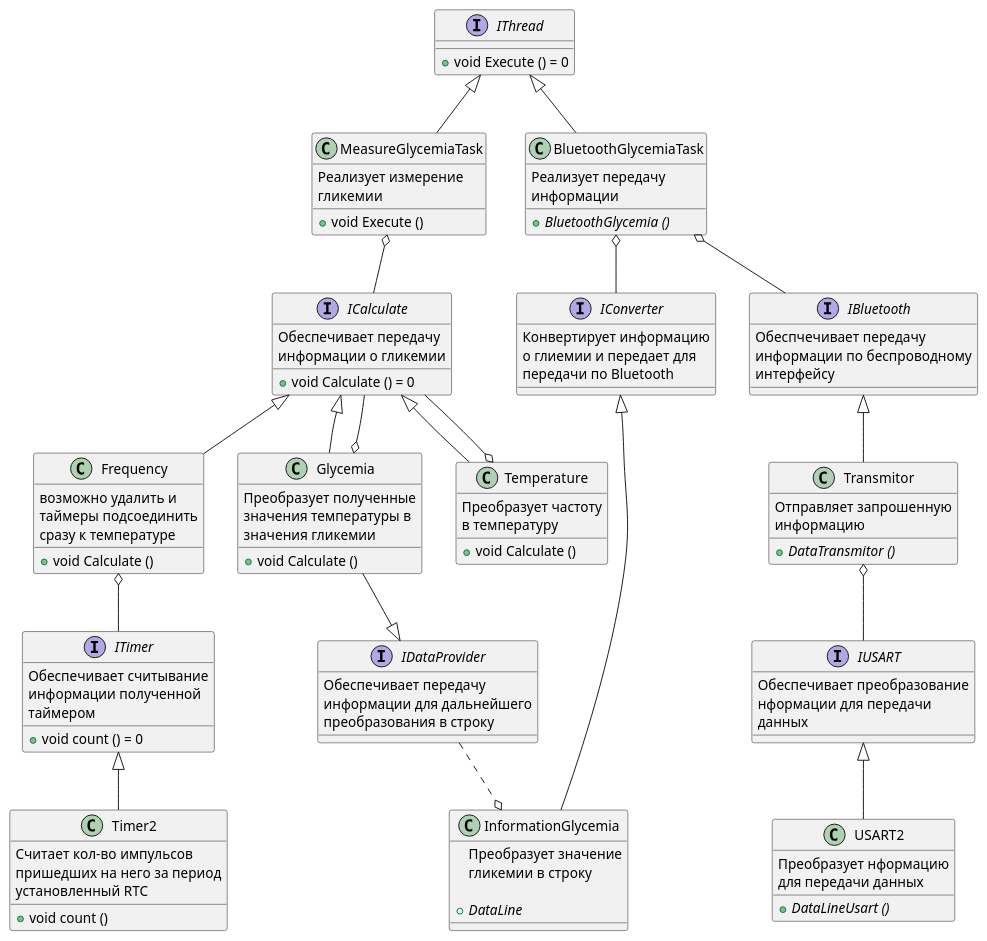
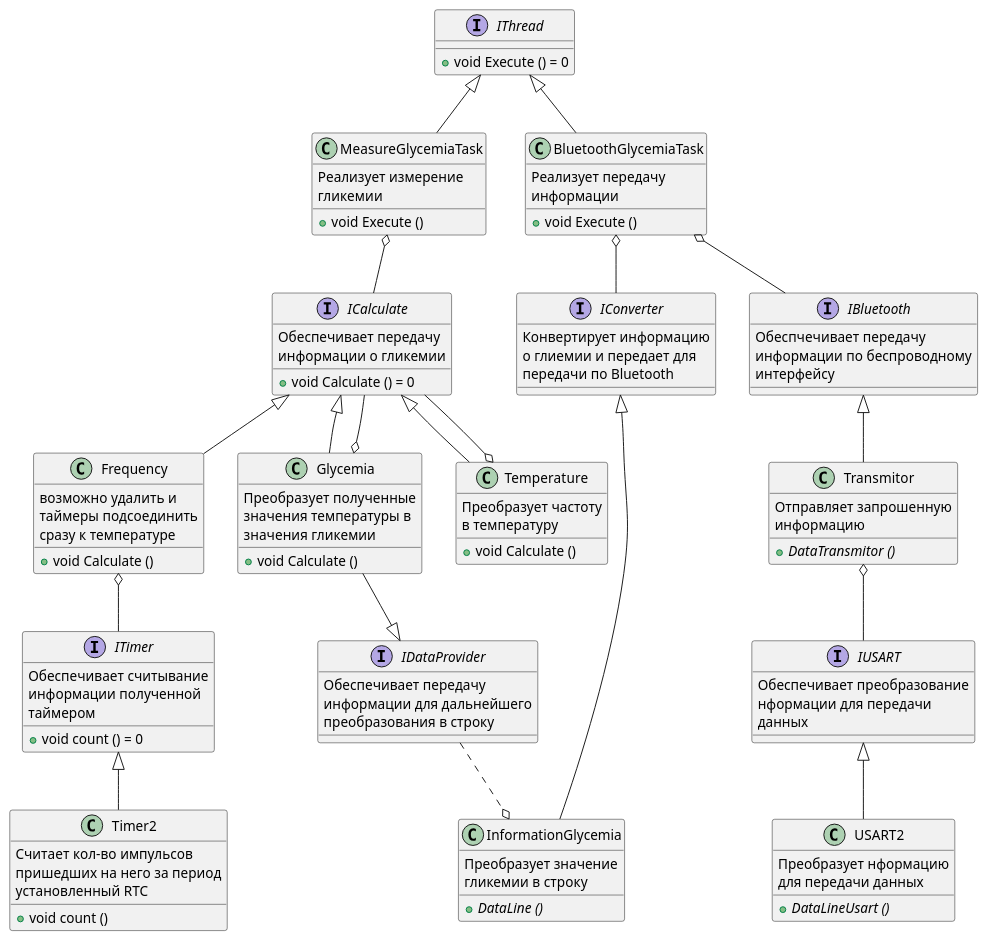
Before and after one commit to Luda-Seliv-KE-413/Kursovoy: the diagram in DOC/Diagram.puml, drawn with PlantUML.

```diff
--- a/DOC/Diagram.puml
+++ b/DOC/Diagram.puml
@@ -1,143 +1,143 @@
 @startuml main 
 
 interface IThread
 {
     + void Execute () = 0
 }
 class MeasureGlycemiaTask
 {
     Реализует измерение
     гликемии
 
     + void Execute ()
 }
 class Glycemia
 {
     Преобразует полученные
     значения температуры в
     значения гликемии
 
      + void Calculate ()
 }
 
 class Temperature
 {
     Преобразует частоту
     в температуру
 
      + void Calculate ()
 }
 
 class Frequency
 {
      возможно удалить и 
      таймеры подсоединить
      сразу к температуре
      
      + void Calculate ()
 }
 
 IThread <|-down- MeasureGlycemiaTask
 ICalculate -up-o MeasureGlycemiaTask
 ICalculate <|-- Glycemia
 ICalculate --o Glycemia
 Temperature -up-|> ICalculate
 Frequency -up-|> ICalculate
 ICalculate --o Temperature
 
 class BluetoothGlycemiaTask
 {
     Реализует передачу
     информации
 
-     + {abstract} BluetoothGlycemia ()
+     + void Execute ()
 }
 class USART2
 {
     Преобразует нформацию
     для передачи данных
     
     + {abstract} DataLineUsart ()
 }
 class Transmitor
 {
     Отправляет запрошенную
     информацию
     
     + {abstract} DataTransmitor ()
 }
 interface ICalculate
 {
     Обеспечивает передачу
     информации о гликемии
 
     + void Calculate () = 0
 }
 
 class InformationGlycemia
 {
     Преобразует значение 
     гликемии в строку
     
-    + {abstract} DataLine
+    + {abstract} DataLine ()
 }
 interface IBluetooth
 {
     Обеспчечивает передачу 
     информации по беспроводному
     интерфейсу
 }
 interface IUSART
 {
     Обеспечивает преобразование 
     нформации для передачи 
     данных
 }
 interface IConverter
 {
     Конвертирует информацию 
     о глиемии и передает для 
     передачи по Bluetooth
 }
 interface IDataProvider
 {
     Обеспечивает передачу 
     информации для дальнейшего 
     преобразования в строку
 }
 
 IThread <|-- BluetoothGlycemiaTask
 BluetoothGlycemiaTask o-- IBluetooth
 Transmitor -up-|> IBluetooth
 IUSART -up-o Transmitor
 USART2 -up-|> IUSART
 InformationGlycemia -up-|> IConverter
 IConverter -up-o BluetoothGlycemiaTask
 
 
 InformationGlycemia o.up.IDataProvider
 Glycemia --|> IDataProvider
 
 
 
 interface ITimer
 {
     Обеспечивает считывание
     информации полученной
     таймером
 
     + void count () = 0
 }
 class Timer2
 {
     Считает кол-во импульсов
     пришедших на него за период 
     установленный RTC
 
     + void count ()
 }
 
 ITimer -up-o Frequency
 Timer2 -up-|> ITimer
 
 @enduml
```
